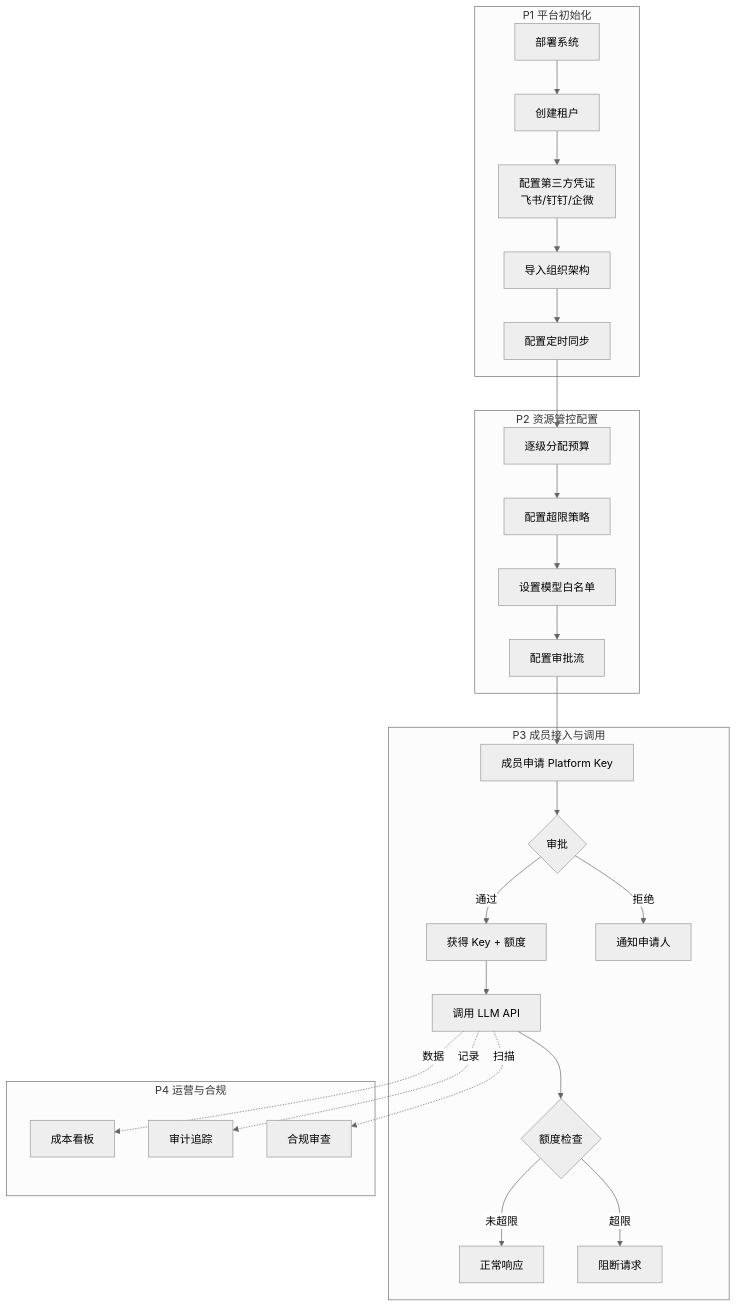
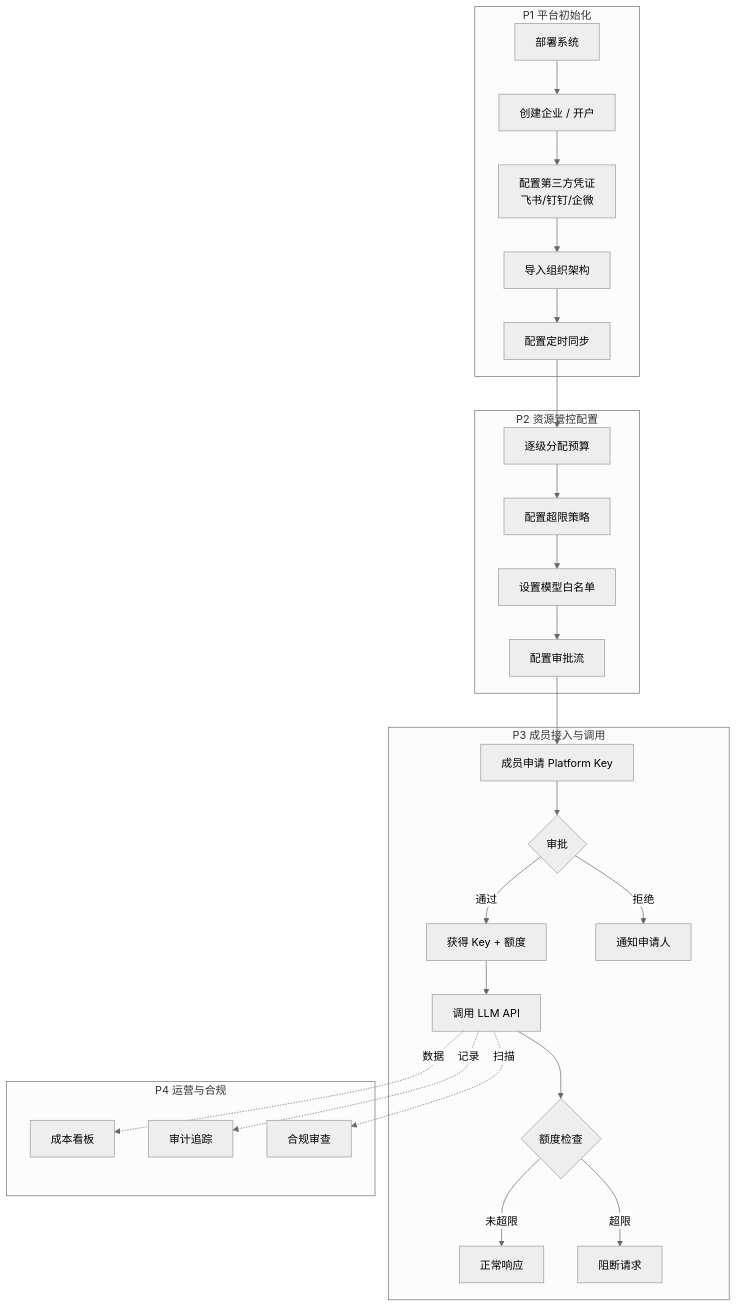
The third of 15 diagrams in docs/TokenJoy-PRD.md (quyip8818/mytokenjoy), drawn with Mermaid (neutral theme) before and after one commit. The commit also changed other lines of this file and 7 other files, not shown here.

````diff
--- a/docs/TokenJoy-PRD.md
+++ b/docs/TokenJoy-PRD.md
@@ -62,37 +75,37 @@
 ```mermaid
 flowchart TD
     subgraph P1[" P1 平台初始化 "]
-        A1[部署系统] --> A2[创建租户]
+        A1[部署系统] --> A2[创建企业 / 开户]
         A2 --> A3[配置第三方凭证<br/>飞书/钉钉/企微]
         A3 --> A4[导入组织架构]
         A4 --> A5[配置定时同步]
     end
 
     subgraph P2[" P2 资源管控配置 "]
         B1[逐级分配预算] --> B2[配置超限策略]
         B2 --> B3[设置模型白名单]
         B3 --> B4[配置审批流]
     end
 
     subgraph P3[" P3 成员接入与调用 "]
         C1[成员申请 Platform Key] --> C2{审批}
         C2 -->|通过| C3[获得 Key + 额度]
         C2 -->|拒绝| C4[通知申请人]
         C3 --> C5[调用 LLM API]
         C5 --> C6{额度检查}
         C6 -->|未超限| C7[正常响应]
         C6 -->|超限| C8[阻断请求]
     end
 
     subgraph P4[" P4 运营与合规 "]
         D1[成本看板]
         D2[审计追踪]
         D3[合规审查]
     end
 
     A5 --> B1
     B4 --> C1
     C5 -.->|数据| D1
     C5 -.->|记录| D2
     C5 -.->|扫描| D3
 ```
````
